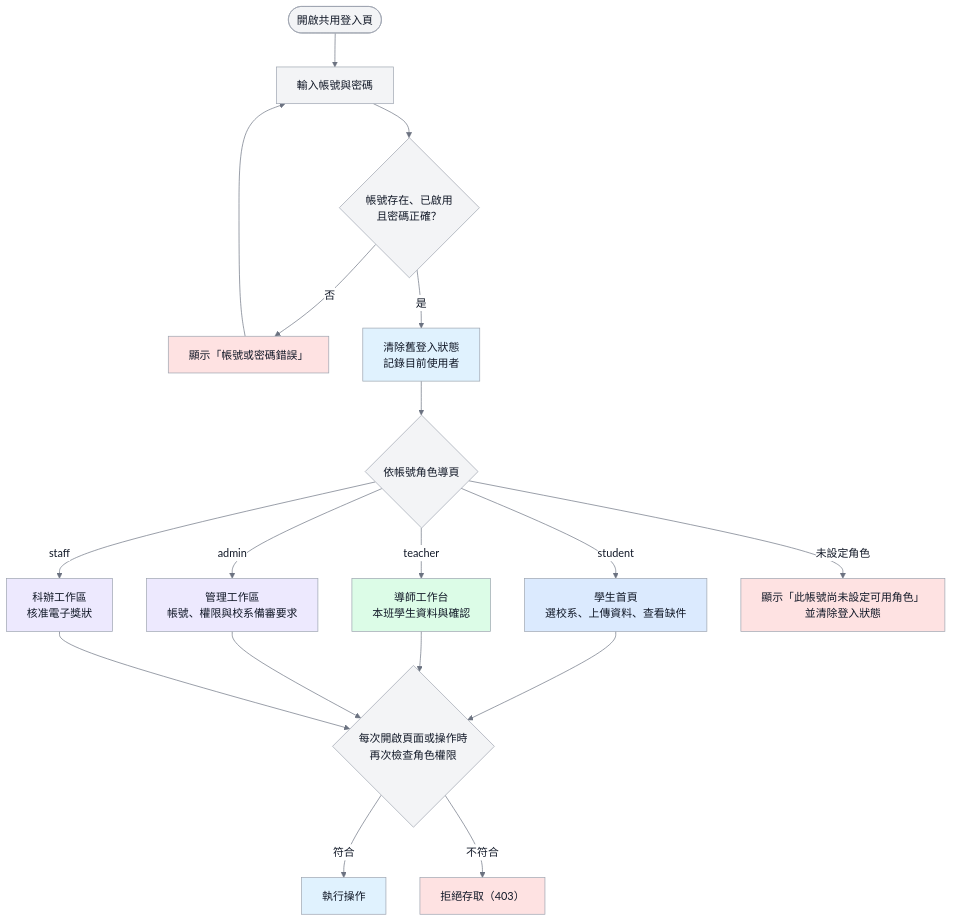
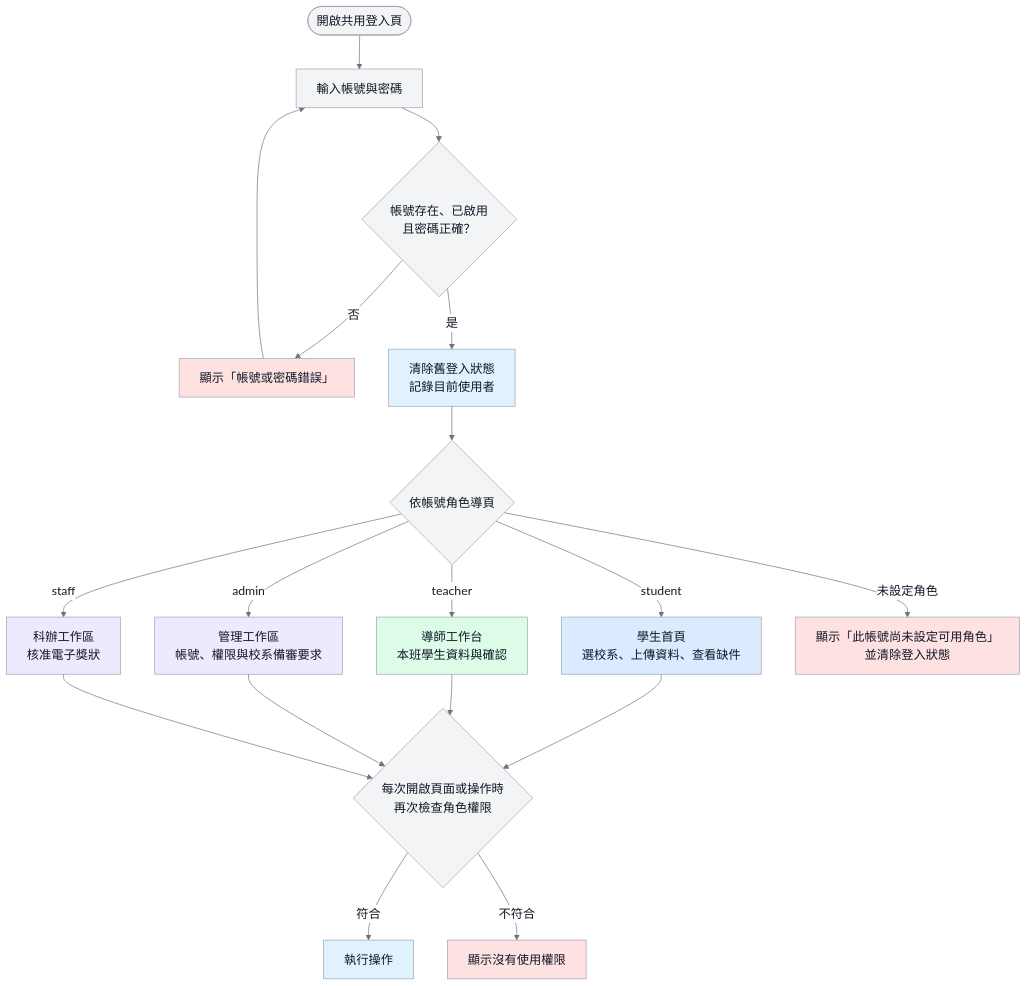
The diagram in docs/images/D-02-login-role-routing.mmd (vujhdcusa/1028), drawn with Mermaid before and after one commit. The commit also changed 79 other files, not shown here.

First line of the commit message:
雲端副本符合度檢查與排版修正；提交 GPT 未提交的流程圖；修正圖 26、32；流程圖大全簡報補齊圖片

```diff
--- a/docs/images/D-02-login-role-routing.mmd
+++ b/docs/images/D-02-login-role-routing.mmd
@@ -1,27 +1,27 @@
-%%{init: {'theme':'base','themeVariables': {'fontFamily':'Microsoft JhengHei, Noto Sans TC, Arial, sans-serif','primaryColor':'#F3F4F6','primaryTextColor':'#111827','primaryBorderColor':'#9CA3AF','lineColor':'#6B7280','edgeLabelBackground':'#FFFFFF'},'flowchart':{'wrappingWidth':400}}}%%
+%%{init: {'theme':'base','themeVariables': {'fontSize':'18px','fontFamily':'DFKai-SB, BiauKai, serif','primaryColor':'#F3F4F6','primaryTextColor':'#111827','primaryBorderColor':'#9CA3AF','lineColor':'#6B7280','edgeLabelBackground':'#FFFFFF'},'flowchart':{'wrappingWidth':400}}}%%
 flowchart TD
     classDef system fill:#E0F2FE,stroke:#9CA3AF,color:#111827,stroke-width:1px;
     classDef student fill:#DBEAFE,stroke:#9CA3AF,color:#111827,stroke-width:1px;
     classDef teacher fill:#DCFCE7,stroke:#9CA3AF,color:#111827,stroke-width:1px;
     classDef admin fill:#EDE9FE,stroke:#9CA3AF,color:#111827,stroke-width:1px;
     classDef staff fill:#EDE9FE,stroke:#9CA3AF,color:#111827,stroke-width:1px;
     classDef alert fill:#FEE2E2,stroke:#9CA3AF,color:#111827,stroke-width:1px;
     classDef pending fill:#FFFFFF,stroke:#9CA3AF,color:#6B7280,stroke-width:1px,stroke-dasharray:5 3;
 
     Start([開啟共用登入頁]) --> Input[輸入帳號與密碼]
     Input --> Auth{帳號存在、已啟用<br/>且密碼正確？}
     Auth -- 否 --> Err[顯示「帳號或密碼錯誤」]:::alert
     Err --> Input
     Auth -- 是 --> Session[清除舊登入狀態<br/>記錄目前使用者]:::system
     Session --> Role{依帳號角色導頁}
     Role -- student --> S[學生首頁<br/>選校系、上傳資料、查看缺件]:::student
     Role -- teacher --> T[導師工作台<br/>本班學生資料與確認]:::teacher
     Role -- admin --> A[管理工作區<br/>帳號、權限與校系備審要求]:::admin
     Role -- staff --> F[科辦工作區<br/>核准電子獎狀]:::staff
     Role -- 未設定角色 --> NoRole[顯示「此帳號尚未設定可用角色」<br/>並清除登入狀態]:::alert
     S --> Guard{每次開啟頁面或操作時<br/>再次檢查角色權限}
     T --> Guard
     A --> Guard
     F --> Guard
     Guard -- 符合 --> Allow[執行操作]:::system
-    Guard -- 不符合 --> Deny[拒絕存取（403）]:::alert
+    Guard -- 不符合 --> Deny[顯示沒有使用權限]:::alert
```
